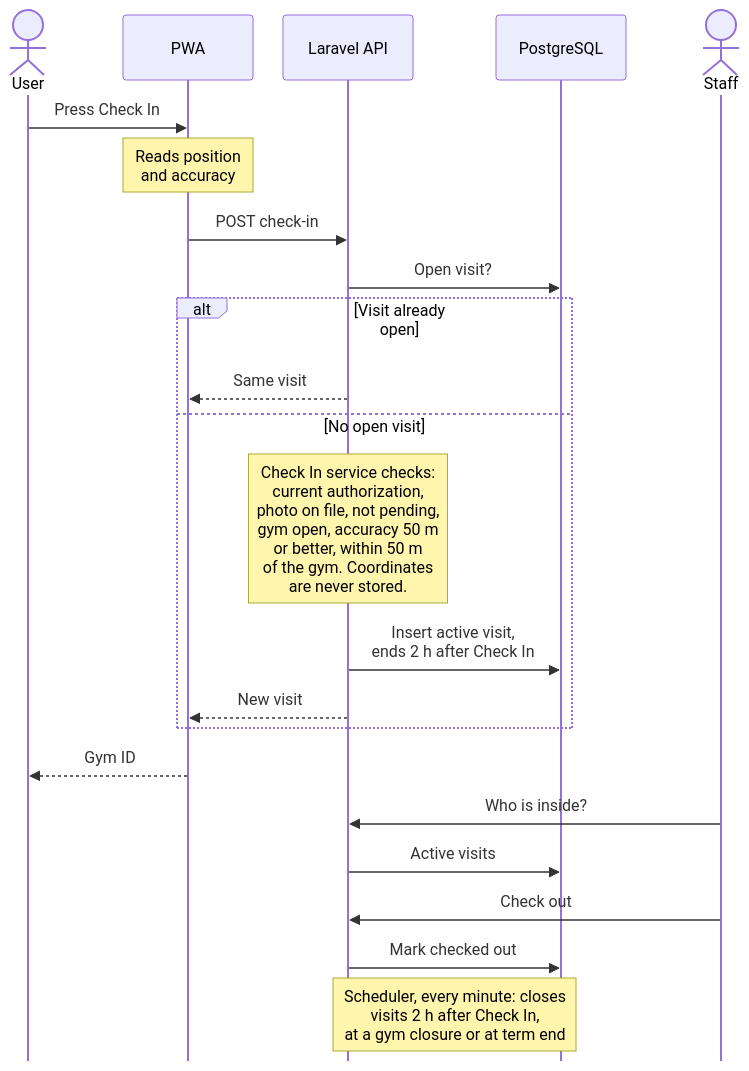
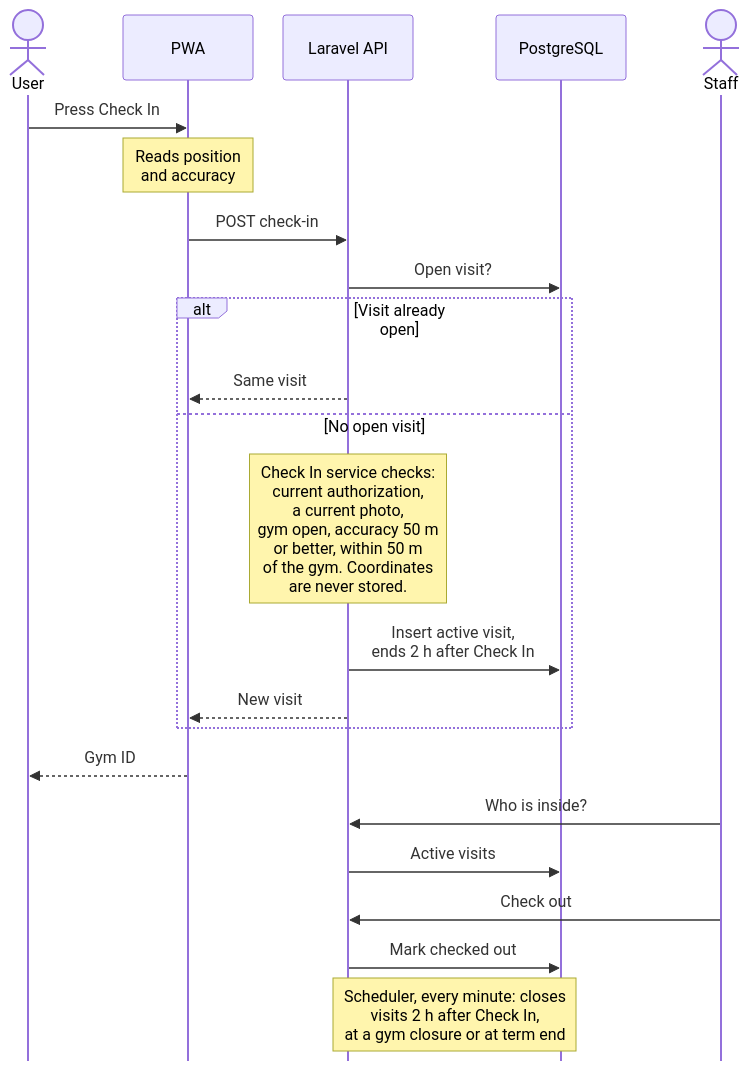
One commit to Th3-Minorities/natatorio-gym-app changed the diagram in docs/progress_report/diagrams/04_checkin_session.mmd. Above: the diagram before and after it, drawn with Mermaid. The commit also changed 7 other files, not shown here.

Commit message:
Make the diagrams easier to read and list the load test for both Carlos and Pierre, so the authorization states, the photo rule and the CTI mail gateway no longer read as pending work

```diff
--- a/docs/progress_report/diagrams/04_checkin_session.mmd
+++ b/docs/progress_report/diagrams/04_checkin_session.mmd
@@ -1,36 +1,36 @@
 ---
 config:
   sequence:
     mirrorActors: false
     messageFontSize: 20
     noteFontSize: 20
     actorFontSize: 20
     actorMargin: 30
     width: 130
     noteMargin: 8
 ---
 sequenceDiagram
   actor U as User
   participant P as PWA
   participant A as Laravel API
   participant D as PostgreSQL
   actor St as Staff
 
   U->>P: Press Check In
   Note over P: Reads position<br/>and accuracy
   P->>A: POST check-in
   A->>D: Open visit?
   alt Visit already open
     A-->>P: Same visit
   else No open visit
-    Note over A: Check In service checks:<br/>current authorization,<br/>photo on file, not pending,<br/>gym open, accuracy 50 m<br/>or better, within 50 m<br/>of the gym. Coordinates<br/>are never stored.
+    Note over A: Check In service checks:<br/>current authorization,<br/>a current photo,<br/>gym open, accuracy 50 m<br/>or better, within 50 m<br/>of the gym. Coordinates<br/>are never stored.
     A->>D: Insert active visit,<br/>ends 2 h after Check In
     A-->>P: New visit
   end
   P-->>U: Gym ID
 
   St->>A: Who is inside?
   A->>D: Active visits
   St->>A: Check out
   A->>D: Mark checked out
   Note over A,D: Scheduler, every minute: closes<br/>visits 2 h after Check In,<br/>at a gym closure or at term end
```
